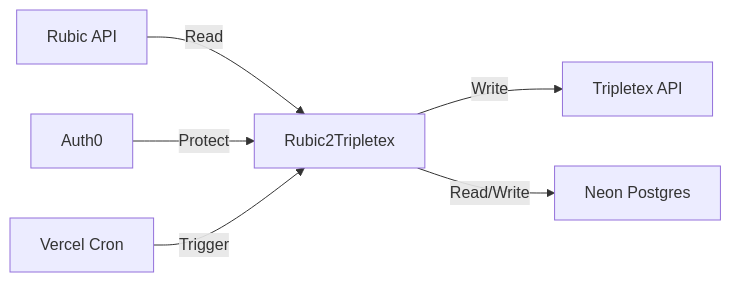
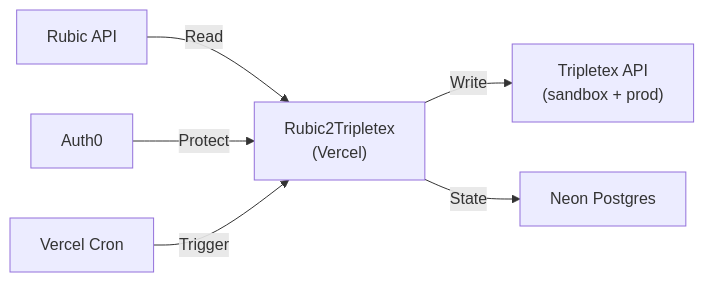
Before and after one commit to frodeste/rubic2tripletex: the diagram in docs/architecture.md, drawn with Mermaid. The commit also changed other lines of this file and 2 other files, not shown here.

````diff
--- a/docs/architecture.md
+++ b/docs/architecture.md
@@ -7,8 +7,8 @@
 ```mermaid
 graph LR
-    Rubic["Rubic API"] -->|Read| App["Rubic2Tripletex"]
-    App -->|Write| Tripletex["Tripletex API"]
-    App -->|Read/Write| DB["Neon Postgres"]
+    Rubic["Rubic API"] -->|Read| App["Rubic2Tripletex<br/>(Vercel)"]
+    App -->|Write| TTX["Tripletex API<br/>(sandbox + prod)"]
+    App -->|State| DB["Neon Postgres"]
     Auth0["Auth0"] -->|Protect| App
-    Vercel["Vercel Cron"] -->|Trigger| App
+    Cron["Vercel Cron"] -->|Trigger| App
 ```
````
